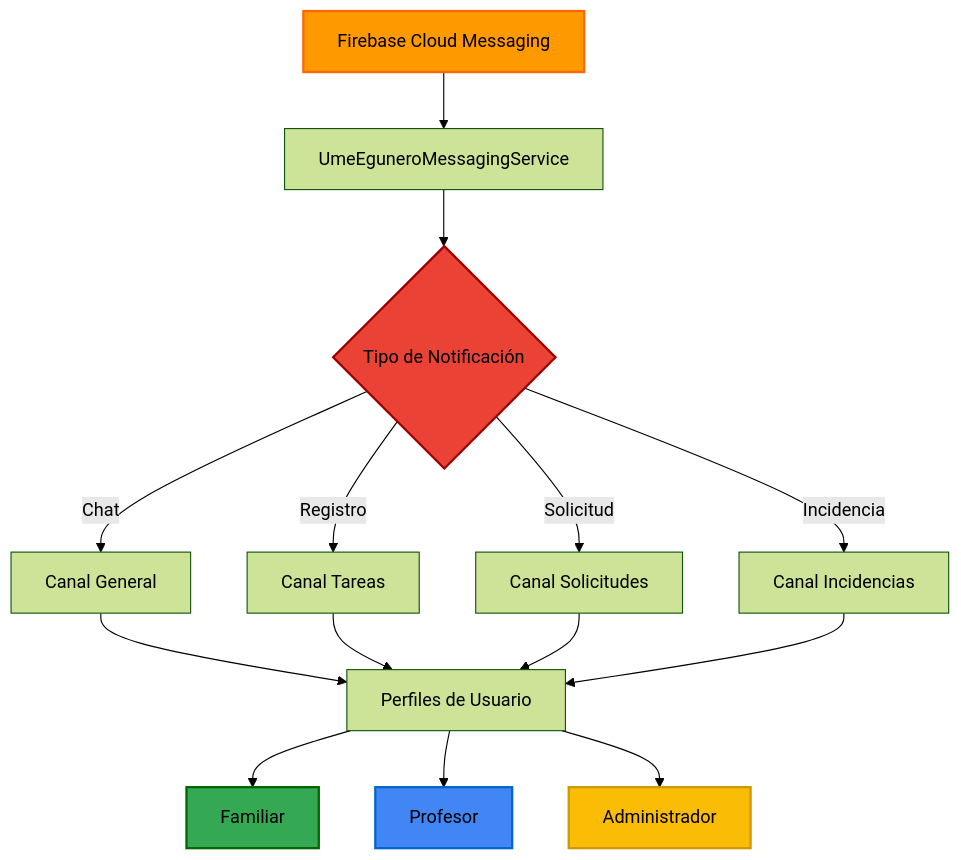
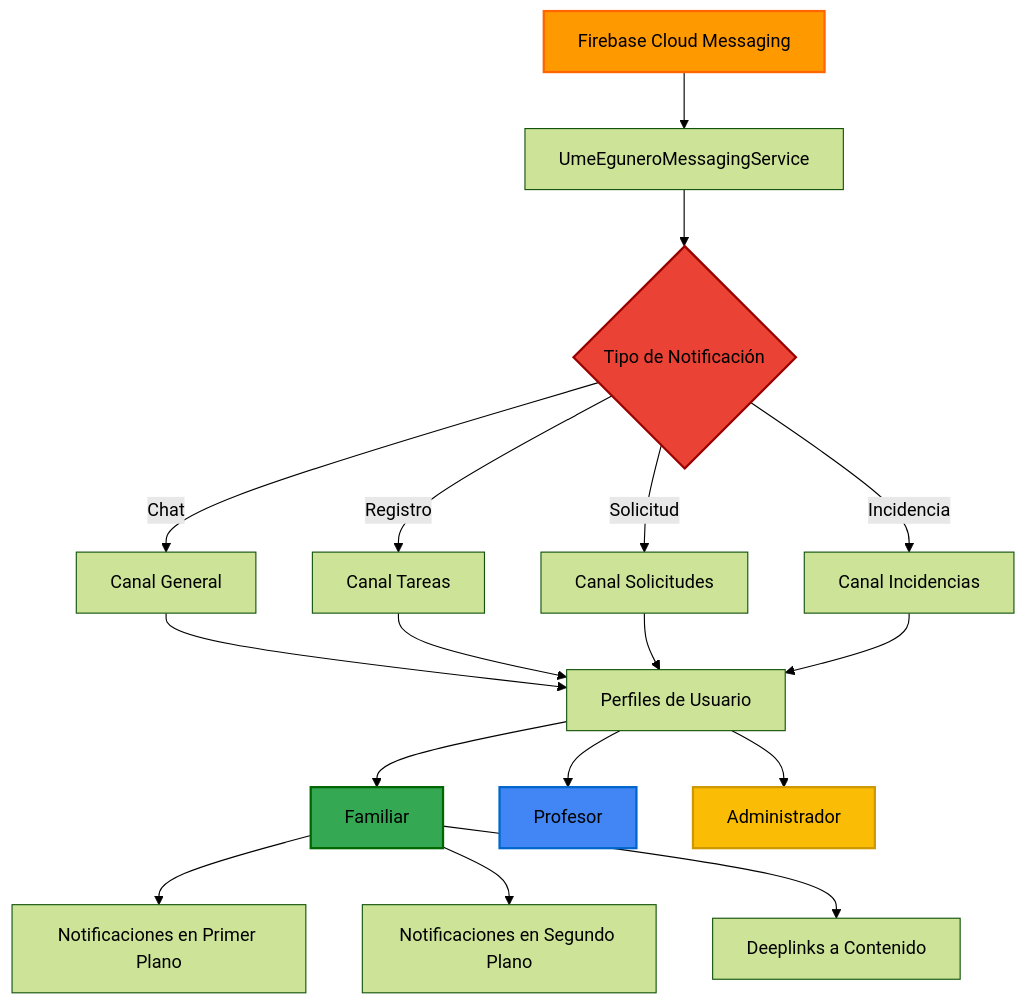
The second of 3 diagrams in README.md (Nojabeach/UmeEgunero), drawn with Mermaid (forest theme) before and after one commit. The commit also changed other lines of this file and 20 other files, not shown here.

````diff
--- a/README.md
+++ b/README.md
@@ -90,21 +101,25 @@
 ```mermaid
 flowchart TD
     A[Firebase Cloud Messaging] --> B[UmeEguneroMessagingService]
     B --> C{Tipo de Notificación}
     C -->|Chat| D[Canal General]
     C -->|Registro| E[Canal Tareas] 
     C -->|Solicitud| F[Canal Solicitudes]
     C -->|Incidencia| G[Canal Incidencias]
     
     D & E & F & G --> H[Perfiles de Usuario]
     
     H --> I[Familiar]
     H --> J[Profesor]
     H --> K[Administrador]
     
+    I --> L[Notificaciones en Primer Plano]
+    I --> M[Notificaciones en Segundo Plano]
+    I --> N[Deeplinks a Contenido]
+    
     style A fill:#ff9900,stroke:#ff6600,stroke-width:2px
     style C fill:#EA4335,stroke:#990000,stroke-width:2px
     style I fill:#34A853,stroke:#006600,stroke-width:2px
     style J fill:#4285F4,stroke:#0066cc,stroke-width:2px
     style K fill:#FBBC05,stroke:#cc9900,stroke-width:2px
 ```
````
